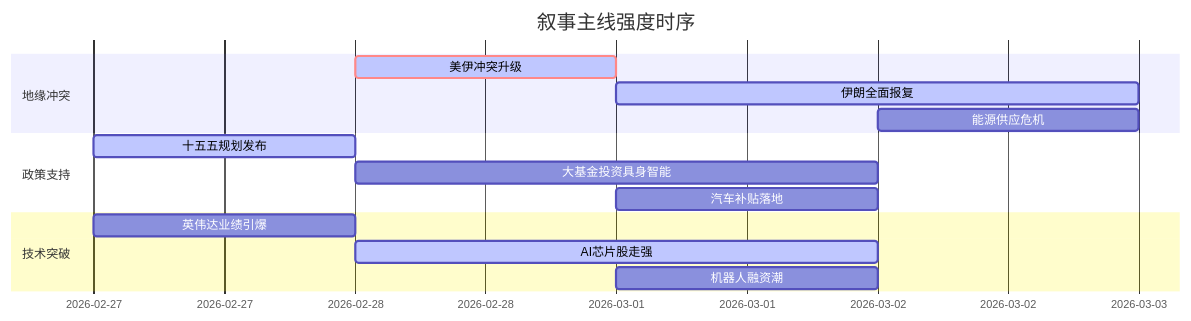
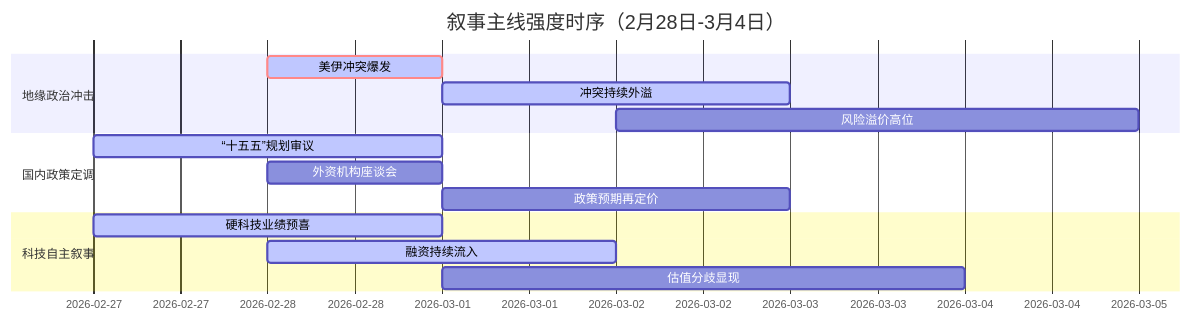
Before and after one commit to uu5zn/uu5zn.github.io: the diagram in 5day_report.md, drawn with Mermaid. The commit also changed other lines of this file and 19 other files, not shown here.

````diff
--- a/5day_report.md
+++ b/5day_report.md
@@ -53,19 +57,19 @@
 ```mermaid
 gantt
-    title 叙事主线强度时序
+    title 叙事主线强度时序（2月28日-3月4日）
     dateFormat  YYYY-MM-DD
-    section 地缘冲突
-    美伊冲突升级   :crit, active, 2026-02-28, 1d
-    伊朗全面报复   :active, 2026-03-01, 2d
-    能源供应危机   :2026-03-02, 1d
+    section 地缘政治冲击
+    美伊冲突爆发   :crit, active, 2026-02-28, 1d
+    冲突持续外溢   :active, 2026-03-01, 2d
+    风险溢价高位   :2026-03-02, 3d
     
-    section 政策支持
-    十五五规划发布 :active, 2026-02-27, 1d
-    大基金投资具身智能 :2026-02-28, 2d
-    汽车补贴落地   :2026-03-01, 1d
+    section 国内政策定调
+    “十五五”规划审议  :active, 2026-02-27, 2d
+    外资机构座谈会   :2026-02-28, 1d
+    政策预期再定价   :2026-03-01, 2d
     
-    section 技术突破
-    英伟达业绩引爆 :2026-02-27, 1d
-    AI芯片股走强   :active, 2026-02-28, 2d
-    机器人融资潮   :2026-03-01, 1d
+    section 科技自主叙事
+    硬科技业绩预喜  :active, 2026-02-27, 2d
+    融资持续流入   :active, 2026-02-28, 2d
+    估值分歧显现   :2026-03-01, 3d
 ```
````
